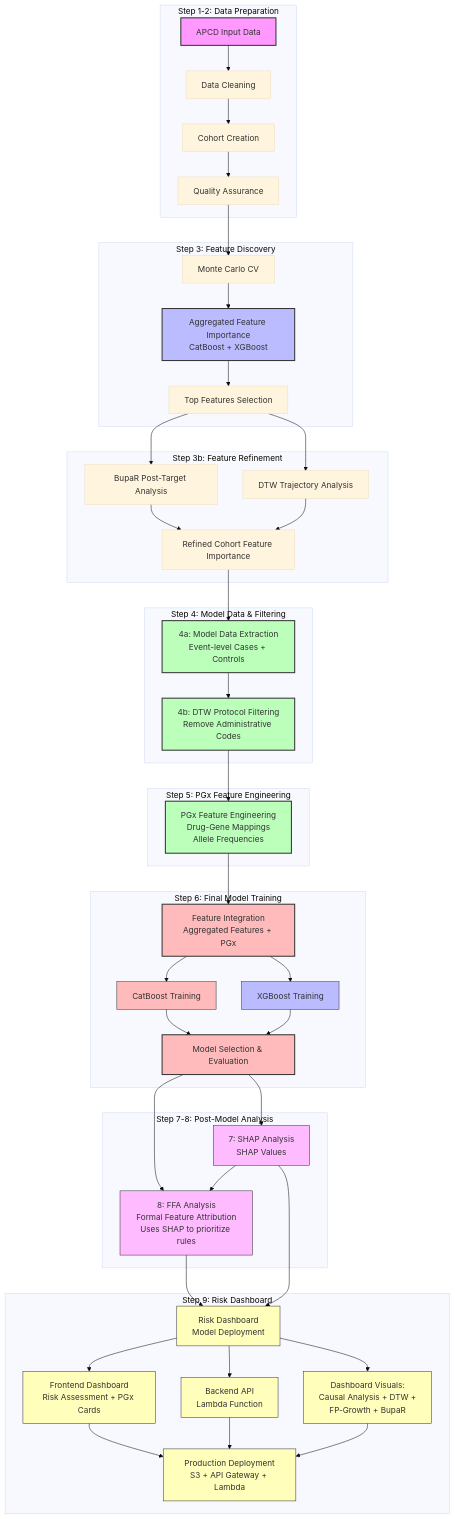
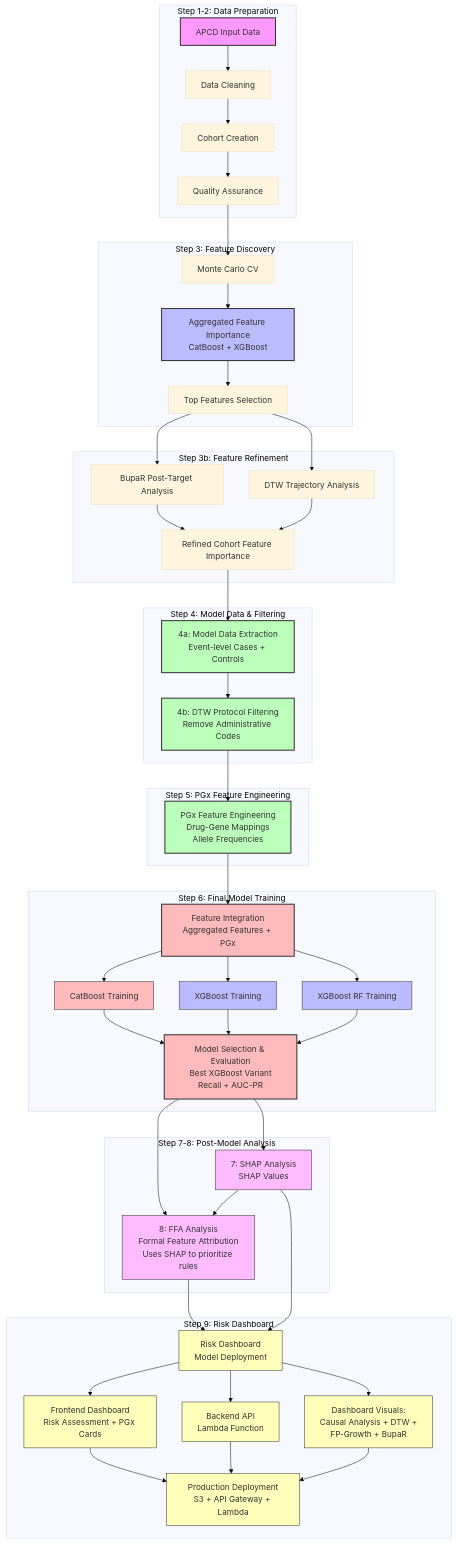
Before and after one commit to Jerome3590/pgx-analysis: the diagram in README.md, drawn with Mermaid (base theme). The commit also changed other lines of this file, not shown here.

````diff
--- a/README.md
+++ b/README.md
@@ -111,72 +111,75 @@
 ```mermaid
 flowchart TD
     subgraph "Step 1-2: Data Preparation"
         A1[APCD Input Data] --> A2[Data Cleaning]
         A2 --> A3[Cohort Creation]
         A3 --> A4[Quality Assurance]
     end
     
     subgraph "Step 3: Feature Discovery"
         A4 --> B1[Monte Carlo CV]
         B1 --> B2[Aggregated Feature Importance<br/>CatBoost + XGBoost]
         B2 --> B3[Top Features Selection]
     end
     
     subgraph "Step 3b: Feature Refinement"
         B3 --> B4[BupaR Post-Target Analysis]
         B3 --> B5[DTW Trajectory Analysis]
         B4 --> B6[Refined Cohort Feature Importance]
         B5 --> B6
     end
     
     subgraph "Step 4: Model Data & Filtering"
         B6 --> C1[4a: Model Data Extraction<br/>Event-level Cases + Controls]
         C1 --> C2[4b: DTW Protocol Filtering<br/>Remove Administrative Codes]
     end
     
     subgraph "Step 5: PGx Feature Engineering"
         C2 --> D1[PGx Feature Engineering<br/>Drug-Gene Mappings<br/>Allele Frequencies]
     end
     
     subgraph "Step 6: Final Model Training"
         D1 --> E1[Feature Integration<br/>Aggregated Features + PGx]
         E1 --> E2[CatBoost Training]
         E1 --> E3[XGBoost Training]
-        E2 --> E4[Model Selection & Evaluation]
+        E1 --> E3a[XGBoost RF Training]
+        E2 --> E4[Model Selection & Evaluation<br/>Best XGBoost Variant<br/>Recall + AUC-PR]
         E3 --> E4
+        E3a --> E4
     end
     
     subgraph "Step 7-8: Post-Model Analysis"
         E4 --> F1[7: SHAP Analysis<br/>SHAP Values]
         E4 --> F2[8: FFA Analysis<br/>Formal Feature Attribution<br/>Uses SHAP to prioritize rules]
         F1 --> F2
     end
     
     subgraph "Step 9: Risk Dashboard"
         F2 --> G1[Risk Dashboard<br/>Model Deployment]
         F1 --> G1
         G1 --> G2[Frontend Dashboard<br/>Risk Assessment + PGx Cards]
         G1 --> G3[Backend API<br/>Lambda Function]
         G1 --> G4[Dashboard Visuals:<br/>Causal Analysis + DTW +<br/>FP-Growth + BupaR]
         G2 --> G5[Production Deployment<br/>S3 + API Gateway + Lambda]
         G3 --> G5
         G4 --> G5
     end
     
     style A1 fill:#f9f,stroke:#333,stroke-width:2px
     style B2 fill:#bbf,stroke:#333,stroke-width:2px
     style C1 fill:#bfb,stroke:#333,stroke-width:2px
     style C2 fill:#bfb,stroke:#333,stroke-width:2px
     style D1 fill:#bfb,stroke:#333,stroke-width:2px
     style E1 fill:#fbb,stroke:#333,stroke-width:2px
     style E2 fill:#fbb,stroke:#333,stroke-width:2px    %% CatBoost
     style E3 fill:#bbf,stroke:#333,stroke-width:2px    %% XGBoost
+    style E3a fill:#bbf,stroke:#333,stroke-width:2px   %% XGBoost RF
     style E4 fill:#fbb,stroke:#333,stroke-width:2px
     style F1 fill:#fbf,stroke:#333,stroke-width:2px    %% SHAP Analysis
     style F2 fill:#fbf,stroke:#333,stroke-width:2px    %% FFA Analysis
     style G1 fill:#ffb,stroke:#333,stroke-width:2px    %% Risk Dashboard
     style G2 fill:#ffb,stroke:#333,stroke-width:2px    %% Frontend
     style G3 fill:#ffb,stroke:#333,stroke-width:2px    %% Backend
     style G4 fill:#ffb,stroke:#333,stroke-width:2px    %% Visualizations
     style G5 fill:#ffb,stroke:#333,stroke-width:2px    %% Deployment
 ```
````
